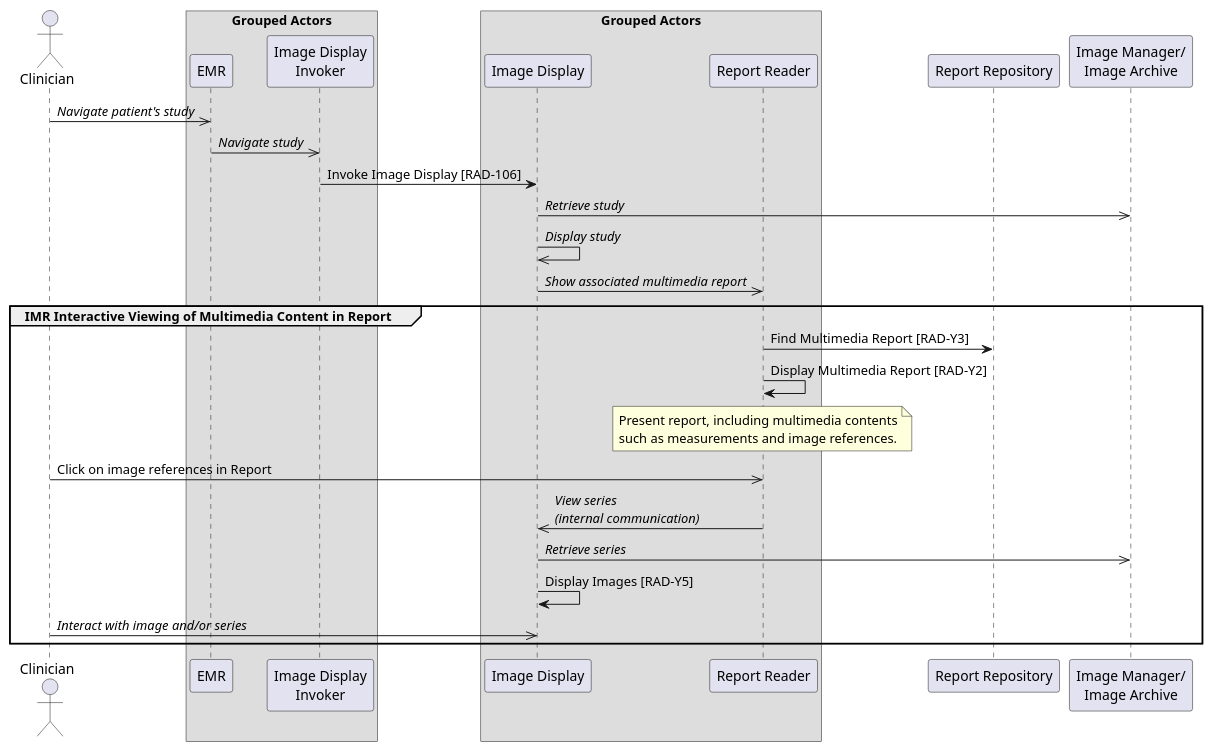
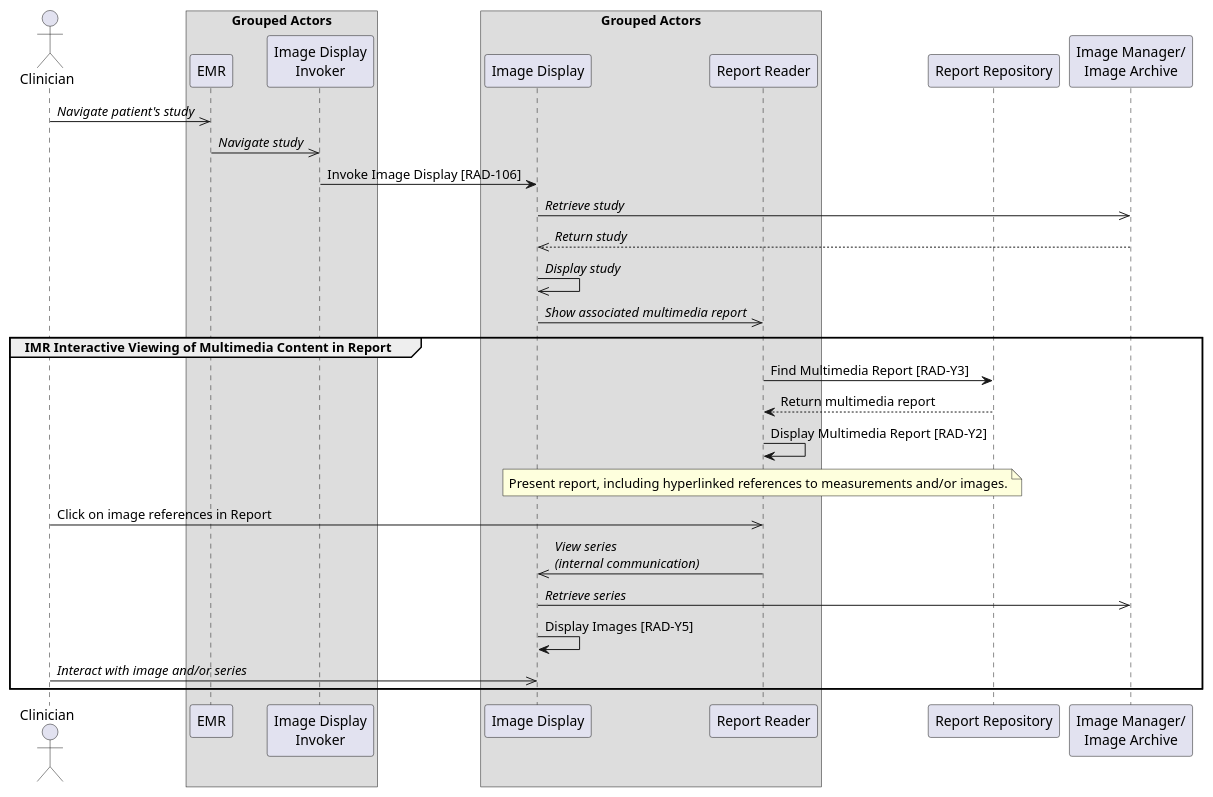
The diagram in input/images-source/uc3b-presenting-interactive-report-EMR-use-IID.plantuml (IHE/RAD.IMR), drawn with PlantUML before and after one commit. The commit also changed 4 other files, not shown here.

Commit message:
Updated diagrams based on public comments.

```diff
--- a/input/images-source/uc3b-presenting-interactive-report-EMR-use-IID.plantuml
+++ b/input/images-source/uc3b-presenting-interactive-report-EMR-use-IID.plantuml
@@ -1,43 +1,44 @@
 @startuml
 
 actor Clinician as Clinician
 
 box Grouped Actors
 participant "EMR" as EMR
 participant "Image Display\nInvoker" as Invoker
 end box
 
 box Grouped Actors
 participant "Image Display" as Display
 participant "Report Reader" as Reader
 end box
 
 participant "Report Repository" as Repo
 participant "Image Manager/\nImage Archive" as Archive
 
 Clinician->>EMR: //Navigate patient's study//
 EMR->>Invoker: //Navigate study//
 
 Invoker->Display: Invoke Image Display [RAD-106]
 Display->>Archive: //Retrieve study//
+Archive-->>Display: //Return study//
 Display->>Display: //Display study//
 Display->>Reader: //Show associated multimedia report//
 
 group IMR Interactive Viewing of Multimedia Content in Report
 Reader->Repo: Find Multimedia Report [RAD-Y3]
+Repo-->Reader: Return multimedia report
 Reader->Reader: Display Multimedia Report [RAD-Y2]
 
 note over Reader
-Present report, including multimedia contents
-such as measurements and image references.
+Present report, including hyperlinked references to measurements and/or images.
 end note
 
 Clinician->>Reader: Click on image references in Report
 Reader->>Display: //View series//\n//(internal communication)//
 Display->>Archive: //Retrieve series//
 Display->Display: Display Images [RAD-Y5]
 
 Clinician->>Display: //Interact with image and/or series//
 end
 
 @enduml
```
